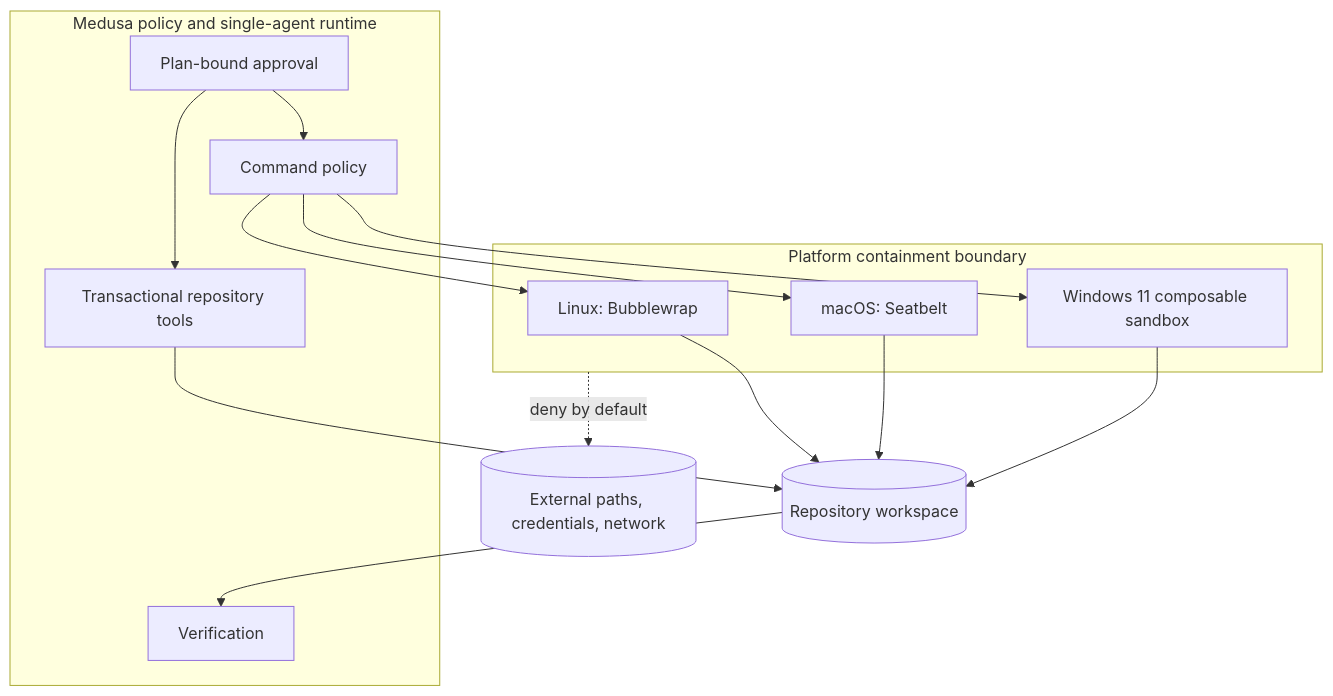
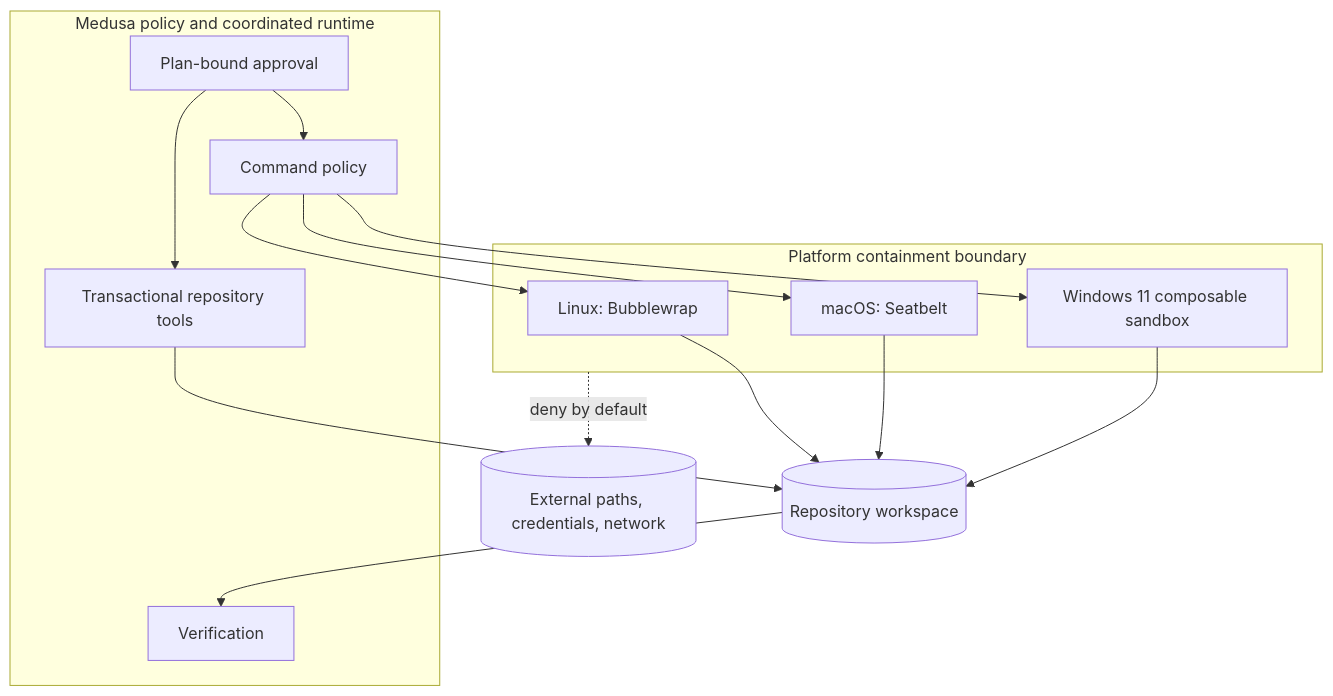
The second of 5 diagrams in docs/ARCHITECTURE.md (benclawbot/Medusa), drawn with Mermaid before and after one commit. The commit also changed other lines of this file and 27 other files, not shown here.

````diff
--- a/docs/ARCHITECTURE.md
+++ b/docs/ARCHITECTURE.md
@@ -40,27 +42,27 @@
 ```mermaid
 flowchart TB
-    subgraph Trusted[Medusa policy and single-agent runtime]
+    subgraph Trusted[Medusa policy and coordinated runtime]
       A[Plan-bound approval]
       T[Transactional repository tools]
       C[Command policy]
       V[Verification]
     end
     subgraph Boundary[Platform containment boundary]
       L[Linux: Bubblewrap]
       M[macOS: Seatbelt]
       W[Windows 11 composable sandbox]
     end
     Repo[(Repository workspace)]
     External[(External paths, credentials, network)]
     A --> T
     A --> C
     T --> Repo
     C --> L
     C --> M
     C --> W
     L --> Repo
     M --> Repo
     W --> Repo
     Boundary -. deny by default .-> External
     Repo --> V
 ```
````
